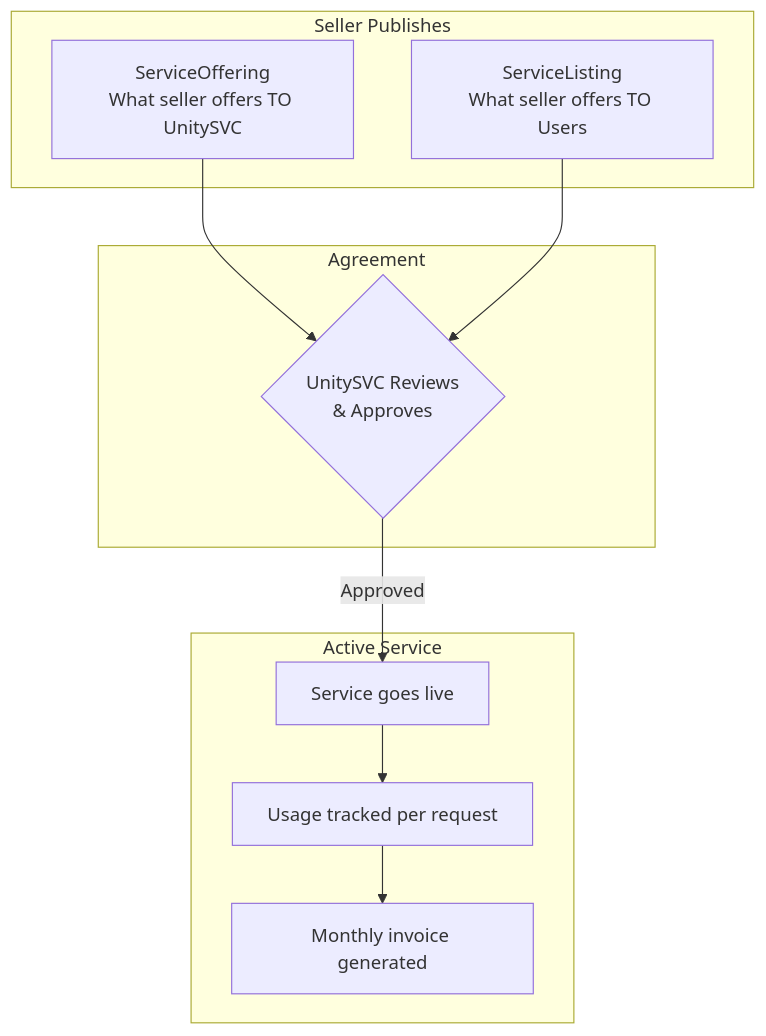
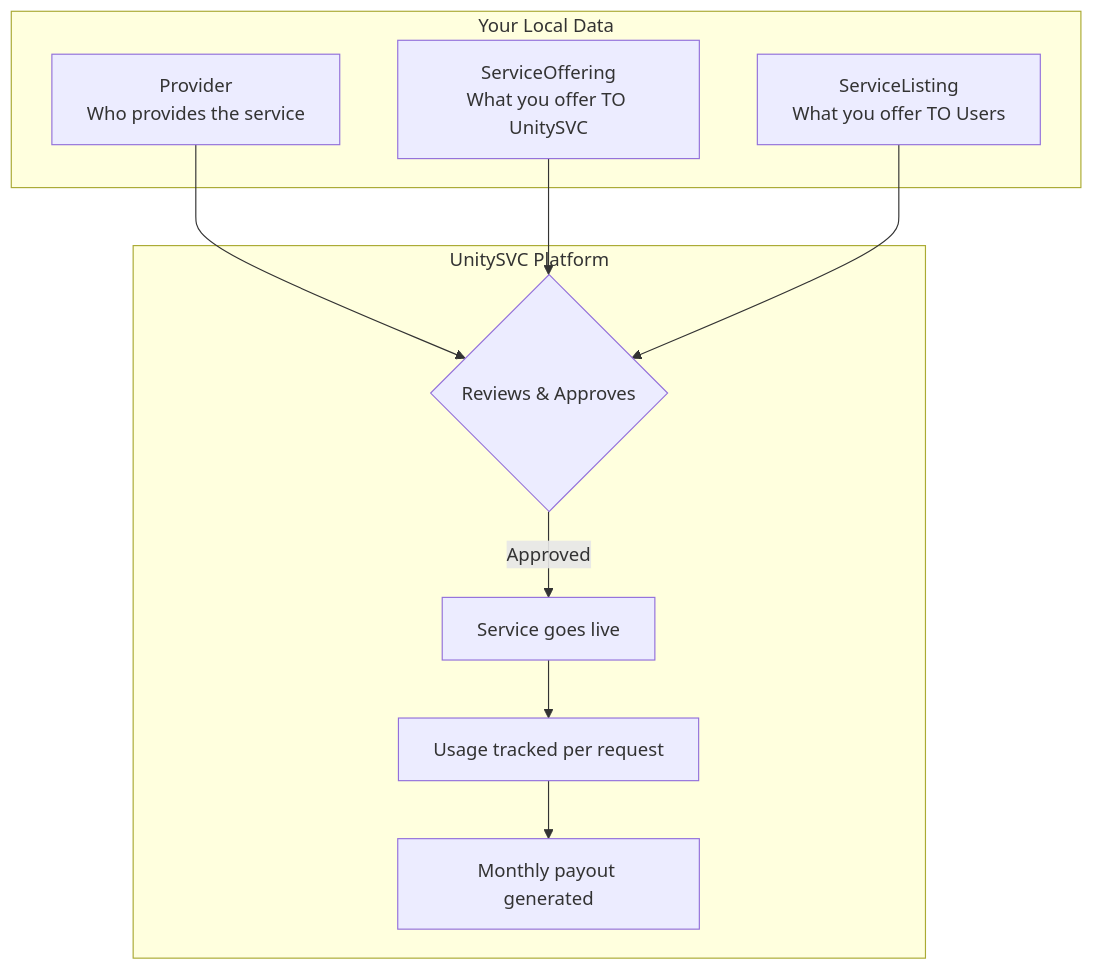
One commit to unitysvc/unitysvc-services changed the diagram in docs/getting-started.md. Above: the diagram before and after it, drawn with Mermaid. The commit also changed other lines of this file and 16 other files, not shown here.

````diff
--- a/docs/getting-started.md
+++ b/docs/getting-started.md
@@ -155,23 +145,22 @@
 ```mermaid
 flowchart TD
-    subgraph Seller["Seller Publishes"]
-        A[ServiceOffering<br/>What seller offers TO UnitySVC]
-        B[ServiceListing<br/>What seller offers TO Users]
+    subgraph Local["Your Local Data"]
+        A[Provider<br/>Who provides the service]
+        B[ServiceOffering<br/>What you offer TO UnitySVC]
+        C[ServiceListing<br/>What you offer TO Users]
     end
 
-    subgraph Agreement["Agreement"]
-        C{UnitySVC Reviews<br/>& Approves}
+    subgraph Platform["UnitySVC Platform"]
+        D{Reviews & Approves}
+        E[Service goes live]
+        F[Usage tracked per request]
+        G[Monthly payout generated]
     end
 
-    subgraph Active["Active Service"]
-        D[Service goes live]
-        E[Usage tracked per request]
-        F[Monthly invoice generated]
-    end
-
-    A --> C
-    B --> C
-    C -->|Approved| D
-    D --> E
+    A --> D
+    B --> D
+    C --> D
+    D -->|Approved| E
     E --> F
+    F --> G
 ```
````
